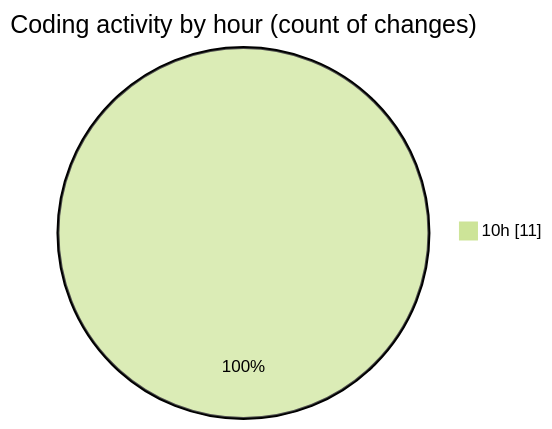
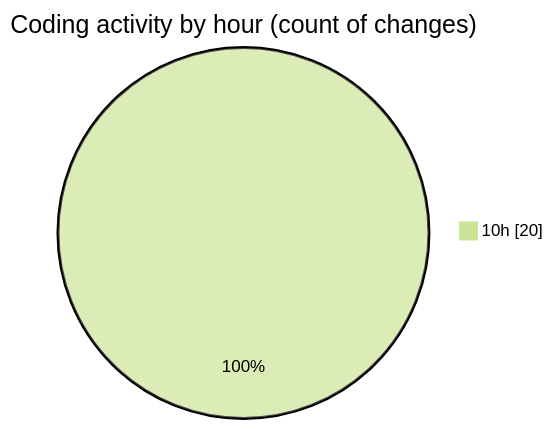
One commit to CELIANVF/code-tracking changed the second of 2 diagrams in 2025-04-15/portfolio/README.md. Above: the diagram before and after it, drawn with Mermaid (forest theme). The commit also changed other lines of this file and 1 other file, not shown here.

````diff
--- a/2025-04-15/portfolio/README.md
+++ b/2025-04-15/portfolio/README.md
@@ -30,5 +30,5 @@
 ```mermaid
 pie showData
 title Coding activity by hour (count of changes)
-"10h" : 11
+"10h" : 20
 ```
````
